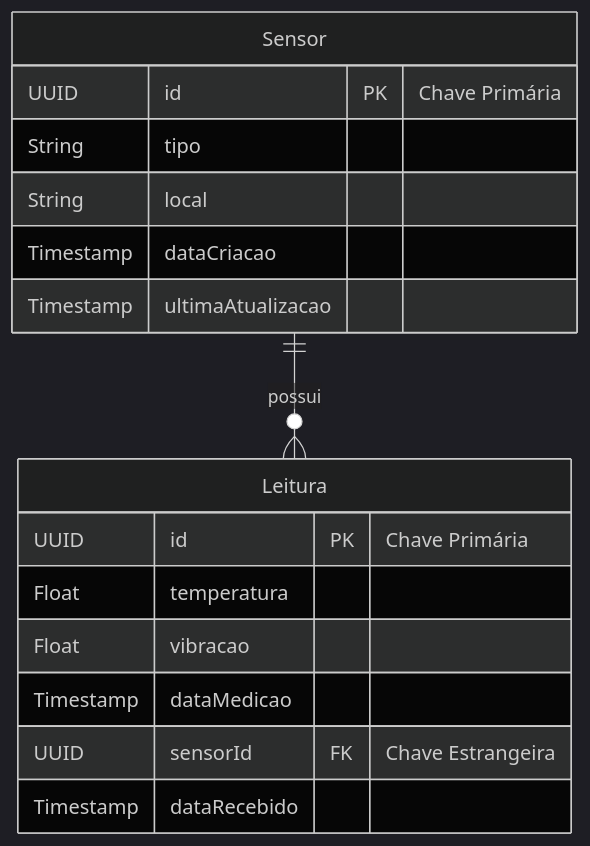
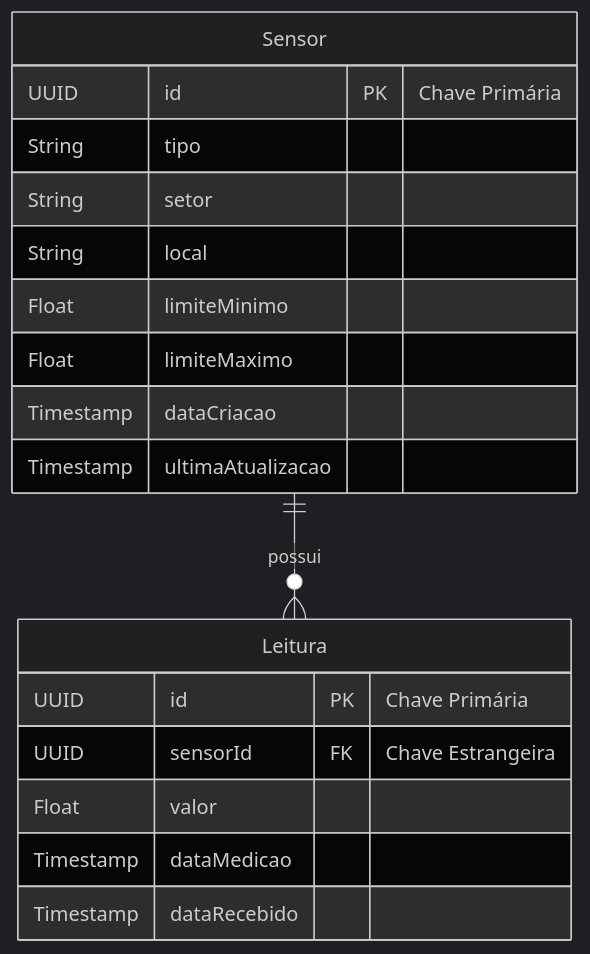
One commit to Ayrton01/SENSOR---API changed the diagram in Diagrama/Entidade_Relacionamento.mmd. Above: the diagram before and after it, drawn with Mermaid (dark theme). The commit also changed 12 other files, not shown here.

```diff
--- a/Diagrama/Entidade_Relacionamento.mmd
+++ b/Diagrama/Entidade_Relacionamento.mmd
@@ -1,18 +1,20 @@
 erDiagram
     Sensor {
         UUID id PK "Chave Primária"
         String tipo
+        String setor
         String local
+        Float limiteMinimo
+        Float limiteMaximo
         Timestamp dataCriacao
         Timestamp ultimaAtualizacao
     }
     Leitura {
         UUID id PK "Chave Primária"
-        Float temperatura
-        Float vibracao
+        UUID sensorId FK "Chave Estrangeira"
+        Float valor
         Timestamp dataMedicao
-        UUID sensorId FK "Chave Estrangeira"
         Timestamp dataRecebido
     }
 
     Sensor ||--o{ Leitura : "possui"
```
